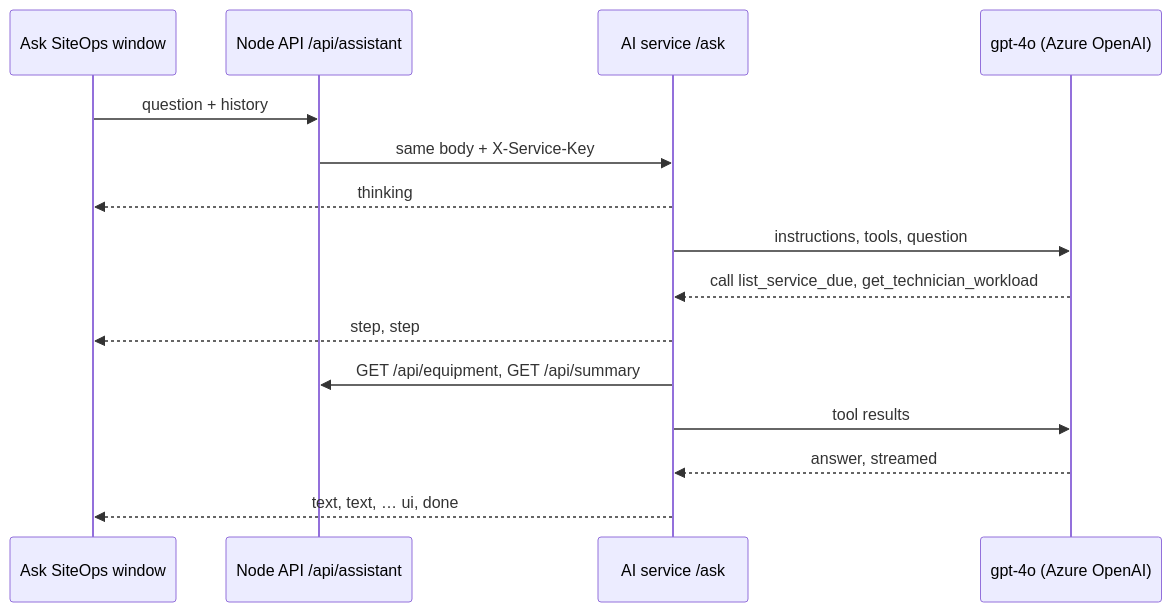
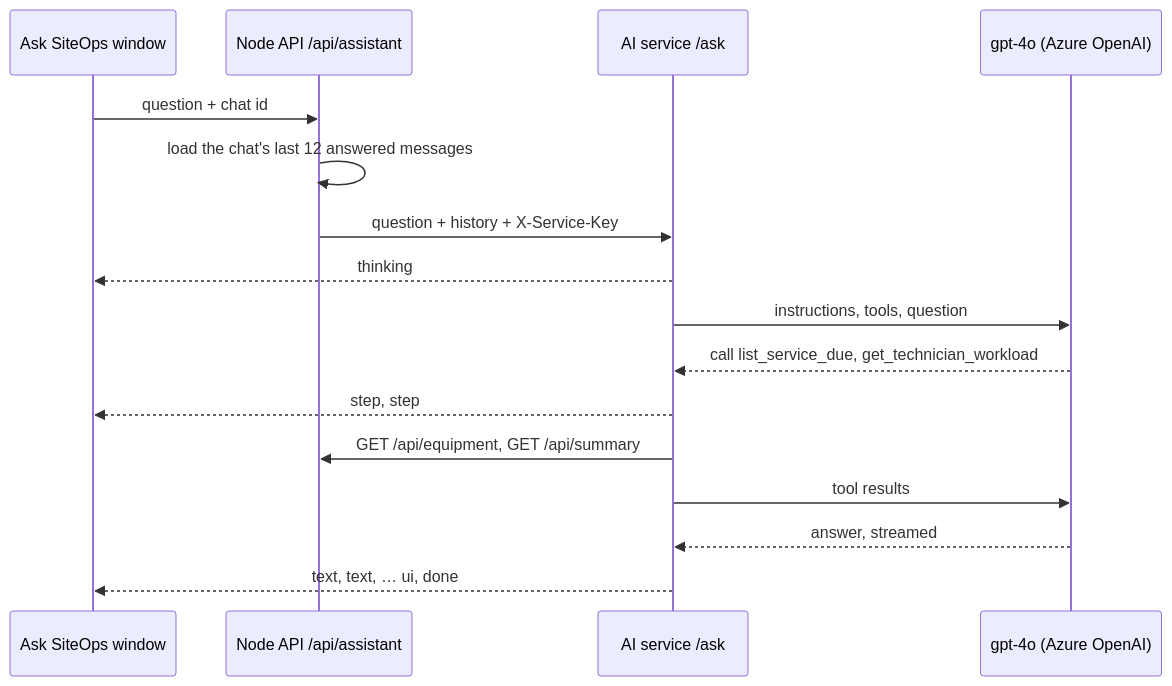
Before and after one commit to FlemingJohn/site-operation-dashboard: the diagram in docs/ai.md, drawn with Mermaid. The commit also changed other lines of this file, not shown here.

Commit message:
docs: explain where chat memory lives

````diff
--- a/docs/ai.md
+++ b/docs/ai.md
@@ -5,17 +5,18 @@
 ```mermaid
 sequenceDiagram
     participant UI as Ask SiteOps window
     participant API as Node API /api/assistant
     participant AI as AI service /ask
     participant M as gpt-4o (Azure OpenAI)
-    UI->>API: question + history
-    API->>AI: same body + X-Service-Key
+    UI->>API: question + chat id
+    API->>API: load the chat's last 12 answered messages
+    API->>AI: question + history + X-Service-Key
     AI-->>UI: thinking
     AI->>M: instructions, tools, question
     M-->>AI: call list_service_due, get_technician_workload
     AI-->>UI: step, step
     AI->>API: GET /api/equipment, GET /api/summary
     AI->>M: tool results
     M-->>AI: answer, streamed
     AI-->>UI: text, text, … ui, done
 ```
````
